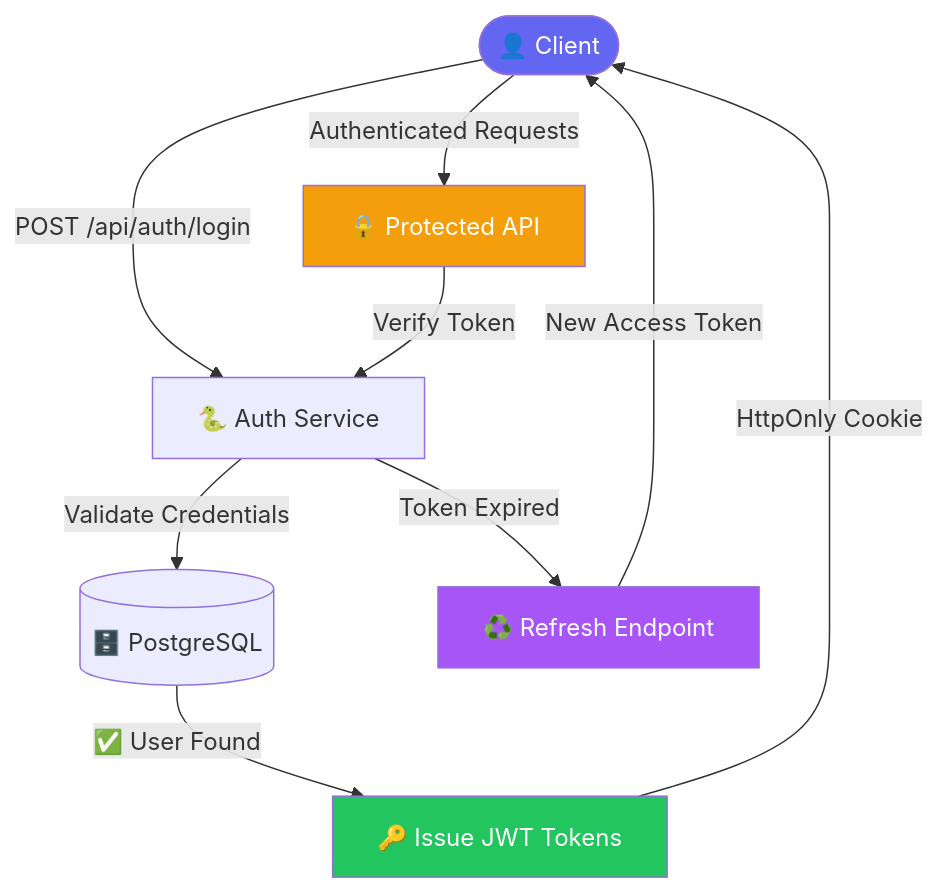
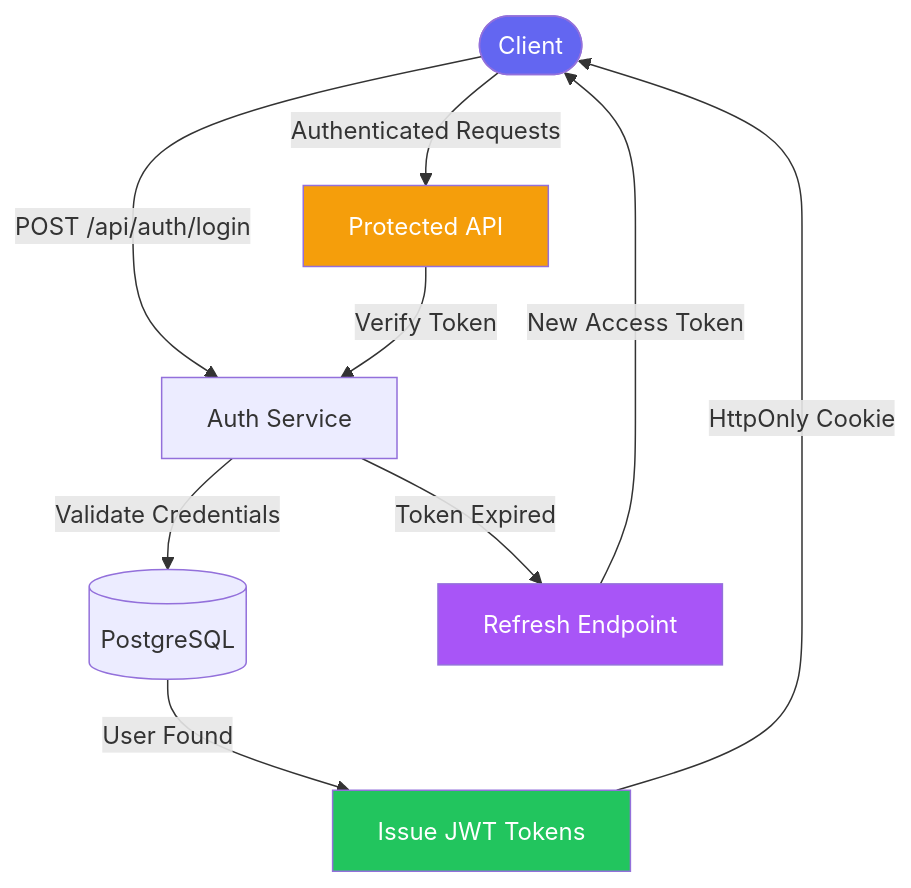
Before and after one commit to sridharSTR/smart-job-tracker: the second of 5 diagrams in README.md, drawn with Mermaid. The commit also changed other lines of this file, not shown here.

````diff
--- a/README.md
+++ b/README.md
@@ -129,16 +127,16 @@
 ```mermaid
 flowchart TD
-    A([👤 Client]) -->|"POST /api/auth/login"| B[🐍 Auth Service]
-    B -->|"Validate Credentials"| C[(🗄️ PostgreSQL)]
-    C -->|"✅ User Found"| D[🔑 Issue JWT Tokens]
+    A([Client]) -->|"POST /api/auth/login"| B[Auth Service]
+    B -->|"Validate Credentials"| C[(PostgreSQL)]
+    C -->|"User Found"| D[Issue JWT Tokens]
     D -->|"HttpOnly Cookie"| A
-    A -->|"Authenticated Requests"| E[🔒 Protected API]
+    A -->|"Authenticated Requests"| E[Protected API]
     E -->|"Verify Token"| B
-    B -->|"Token Expired"| F[♻️ Refresh Endpoint]
+    B -->|"Token Expired"| F[Refresh Endpoint]
     F -->|"New Access Token"| A
 
     style A fill:#6366f1,color:#fff
     style D fill:#22c55e,color:#fff
     style E fill:#f59e0b,color:#fff
     style F fill:#a855f7,color:#fff
 ```
````
